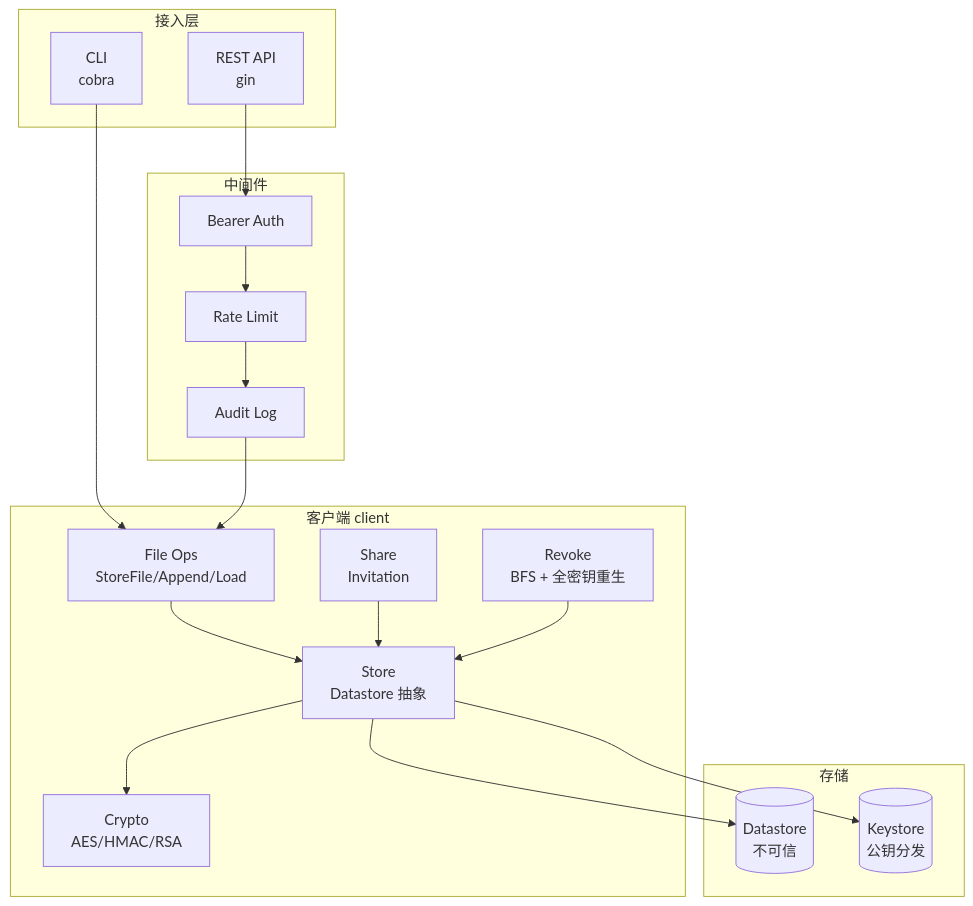
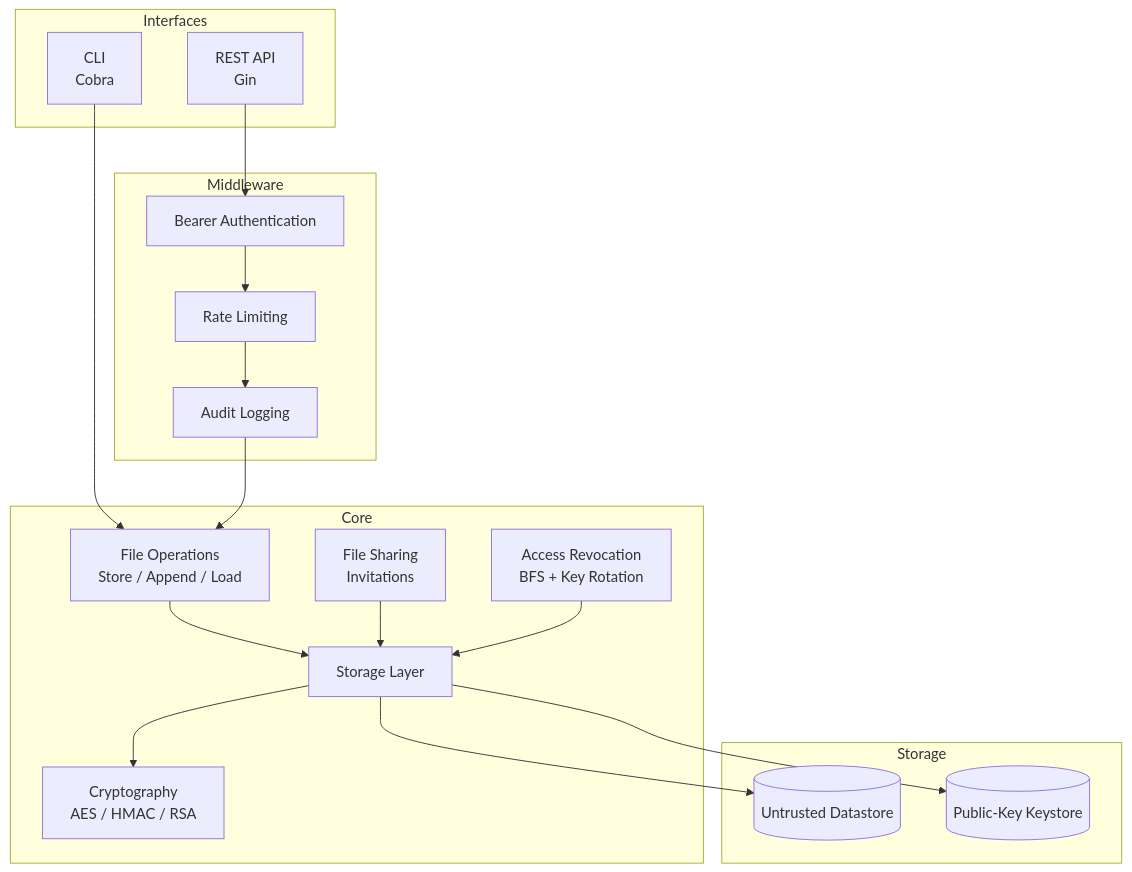
One commit to aimee-RH/security-file-system changed the diagram in README.md. Above: the diagram before and after it, drawn with Mermaid. The commit also changed other lines of this file, not shown here.

````diff
--- a/README.md
+++ b/README.md
@@ -15,35 +23,37 @@
 ```mermaid
 graph TB
-    subgraph 接入层
-        CLI[CLI<br/>cobra]
-        REST[REST API<br/>gin]
+    subgraph Interfaces
+        CLI[CLI<br/>Cobra]
+        REST[REST API<br/>Gin]
     end
 
-    subgraph 中间件
-        AUTH[Bearer Auth]
-        AUDIT[Audit Log]
-        RATE[Rate Limit]
+    subgraph Middleware
+        AUTH[Bearer Authentication]
+        RATE[Rate Limiting]
+        AUDIT[Audit Logging]
     end
 
-    subgraph 客户端 client
-        STORE[Store<br/>Datastore 抽象]
-        FILEOPS[File Ops<br/>StoreFile/Append/Load]
-        SHARE[Share<br/>Invitation]
-        REVOKE[Revoke<br/>BFS + 全密钥重生]
-        CRYPTO[Crypto<br/>AES/HMAC/RSA]
+    subgraph Core
+        FILEOPS[File Operations<br/>Store / Append / Load]
+        SHARE[File Sharing<br/>Invitations]
+        REVOKE[Access Revocation<br/>BFS + Key Rotation]
+        STORE[Storage Layer]
+        CRYPTO[Cryptography<br/>AES / HMAC / RSA]
     end
 
-    subgraph 存储
-        DS[(Datastore<br/>不可信)]
-        KS[(Keystore<br/>公钥分发)]
+    subgraph Storage
+        DS[(Untrusted Datastore)]
+        KS[(Public-Key Keystore)]
     end
 
     CLI --> FILEOPS
     REST --> AUTH --> RATE --> AUDIT --> FILEOPS
+
     FILEOPS --> STORE
     SHARE --> STORE
     REVOKE --> STORE
+
     STORE --> CRYPTO
     STORE --> DS
     STORE --> KS
 ```
````
